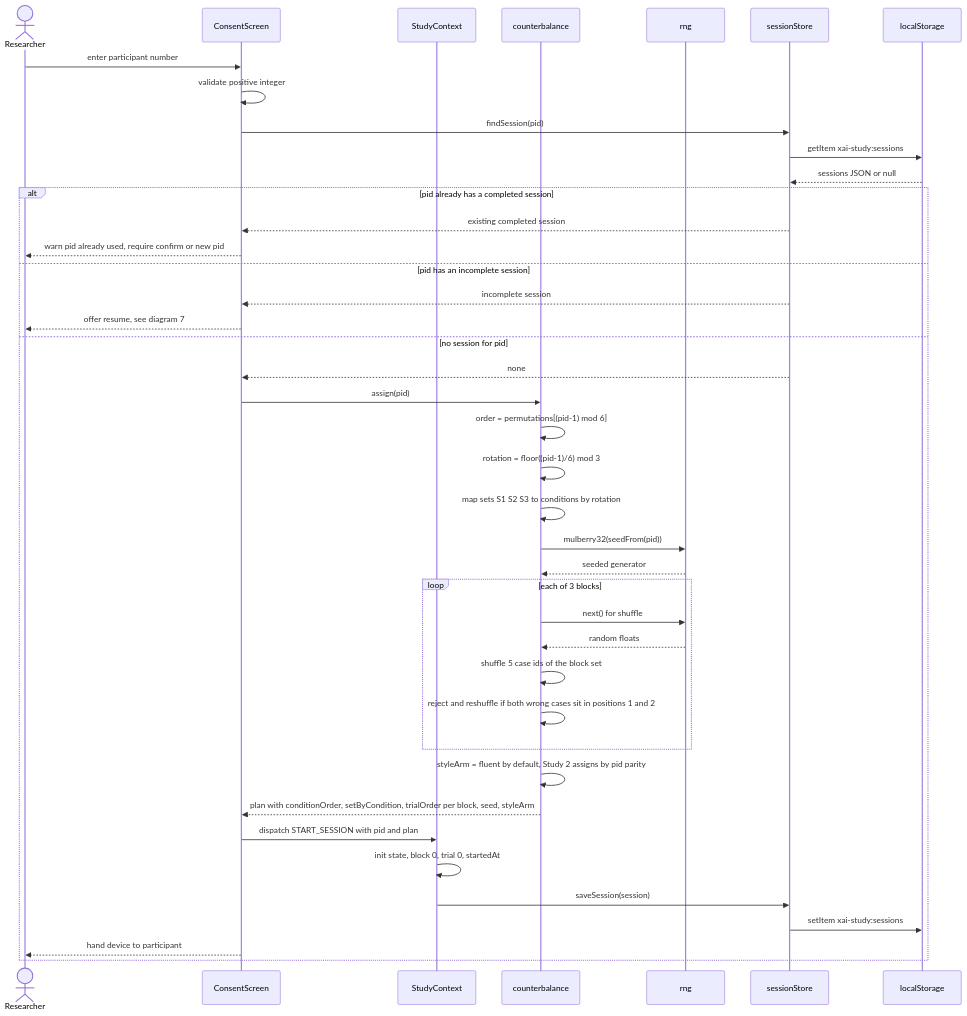
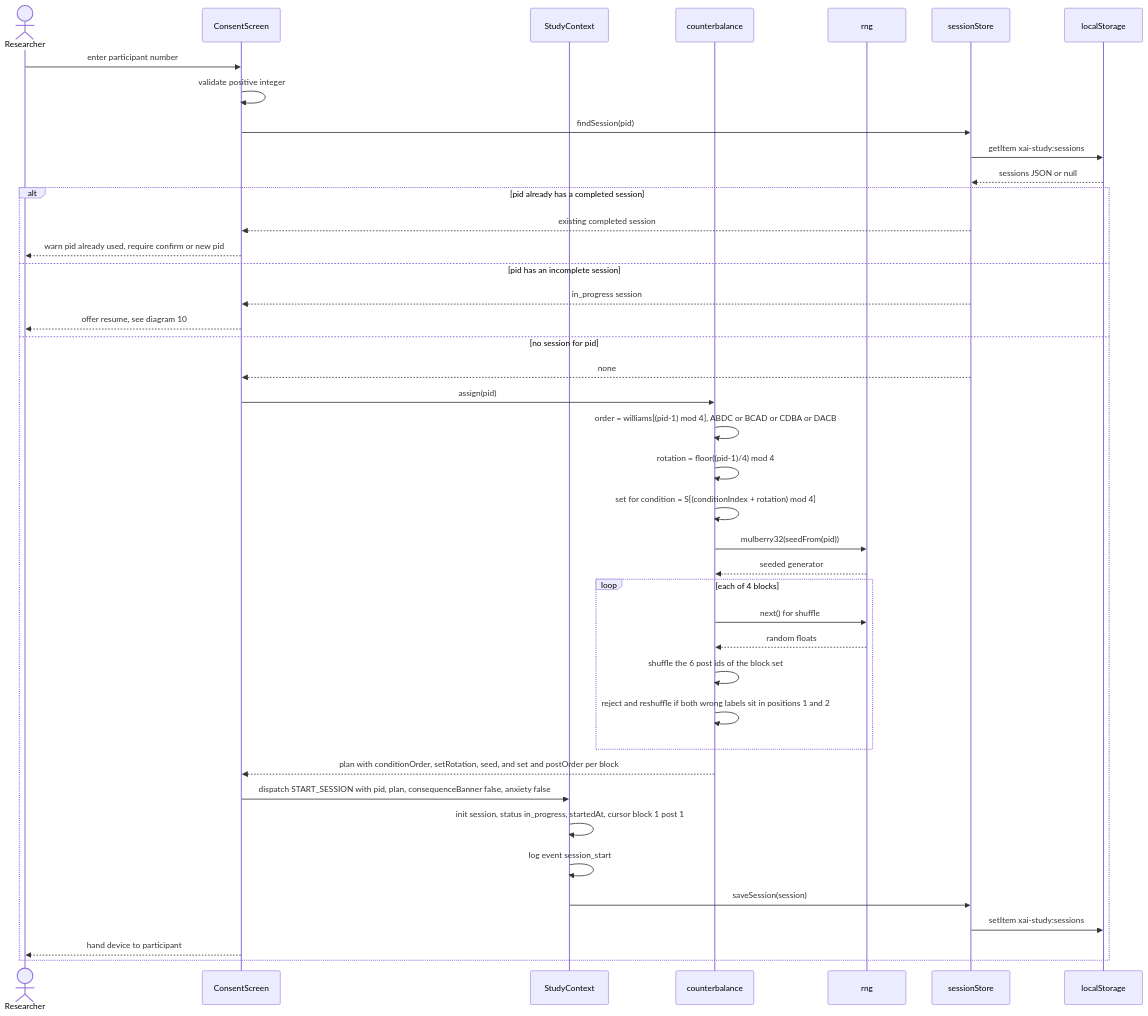
The first of 11 diagrams in docs/sequence-diagrams.md (bibekgupta3333/HCI), drawn with Mermaid before and after one commit. The commit also changed other lines of this file and 27 other files, not shown here.

````diff
--- a/docs/sequence-diagrams.md
+++ b/docs/sequence-diagrams.md
@@ -22,44 +27,44 @@
 ```mermaid
 sequenceDiagram
     actor Researcher
     participant Consent as ConsentScreen
     participant SC as StudyContext
     participant CB as counterbalance
     participant RNG as rng
     participant SS as sessionStore
     participant LS as localStorage
 
     Researcher->>Consent: enter participant number
     Consent->>Consent: validate positive integer
     Consent->>SS: findSession(pid)
     SS->>LS: getItem xai-study:sessions
     LS-->>SS: sessions JSON or null
     alt pid already has a completed session
         SS-->>Consent: existing completed session
         Consent-->>Researcher: warn pid already used, require confirm or new pid
     else pid has an incomplete session
-        SS-->>Consent: incomplete session
-        Consent-->>Researcher: offer resume, see diagram 7
+        SS-->>Consent: in_progress session
+        Consent-->>Researcher: offer resume, see diagram 10
     else no session for pid
         SS-->>Consent: none
         Consent->>CB: assign(pid)
-        CB->>CB: order = permutations[(pid-1) mod 6]
-        CB->>CB: rotation = floor((pid-1)/6) mod 3
-        CB->>CB: map sets S1 S2 S3 to conditions by rotation
+        CB->>CB: order = williams[(pid-1) mod 4], ABDC or BCAD or CDBA or DACB
+        CB->>CB: rotation = floor((pid-1)/4) mod 4
+        CB->>CB: set for condition = S[(conditionIndex + rotation) mod 4]
         CB->>RNG: mulberry32(seedFrom(pid))
         RNG-->>CB: seeded generator
-        loop each of 3 blocks
+        loop each of 4 blocks
             CB->>RNG: next() for shuffle
             RNG-->>CB: random floats
-            CB->>CB: shuffle 5 case ids of the block set
-            CB->>CB: reject and reshuffle if both wrong cases sit in positions 1 and 2
+            CB->>CB: shuffle the 6 post ids of the block set
+            CB->>CB: reject and reshuffle if both wrong labels sit in positions 1 and 2
         end
-        CB->>CB: styleArm = fluent by default, Study 2 assigns by pid parity
-        CB-->>Consent: plan with conditionOrder, setByCondition, trialOrder per block, seed, styleArm
-        Consent->>SC: dispatch START_SESSION with pid and plan
-        SC->>SC: init state, block 0, trial 0, startedAt
+        CB-->>Consent: plan with conditionOrder, setRotation, seed, and set and postOrder per block
+        Consent->>SC: dispatch START_SESSION with pid, plan, consequenceBanner false, anxiety false
+        SC->>SC: init session, status in_progress, startedAt, cursor block 1 post 1
+        SC->>SC: log event session_start
         SC->>SS: saveSession(session)
         SS->>LS: setItem xai-study:sessions
         Consent-->>Researcher: hand device to participant
     end
 ```
````
